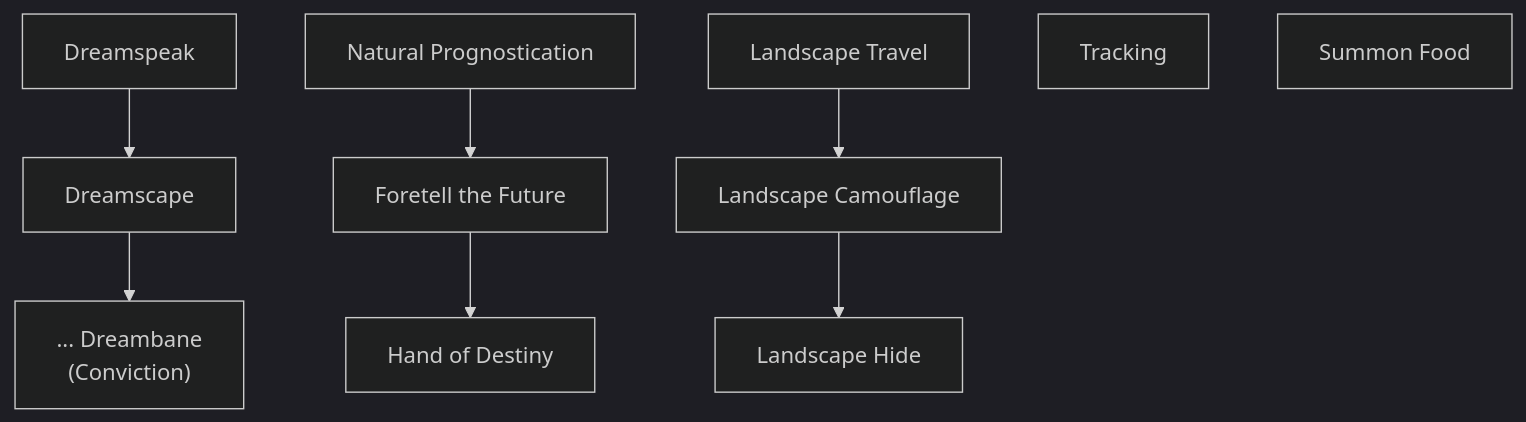
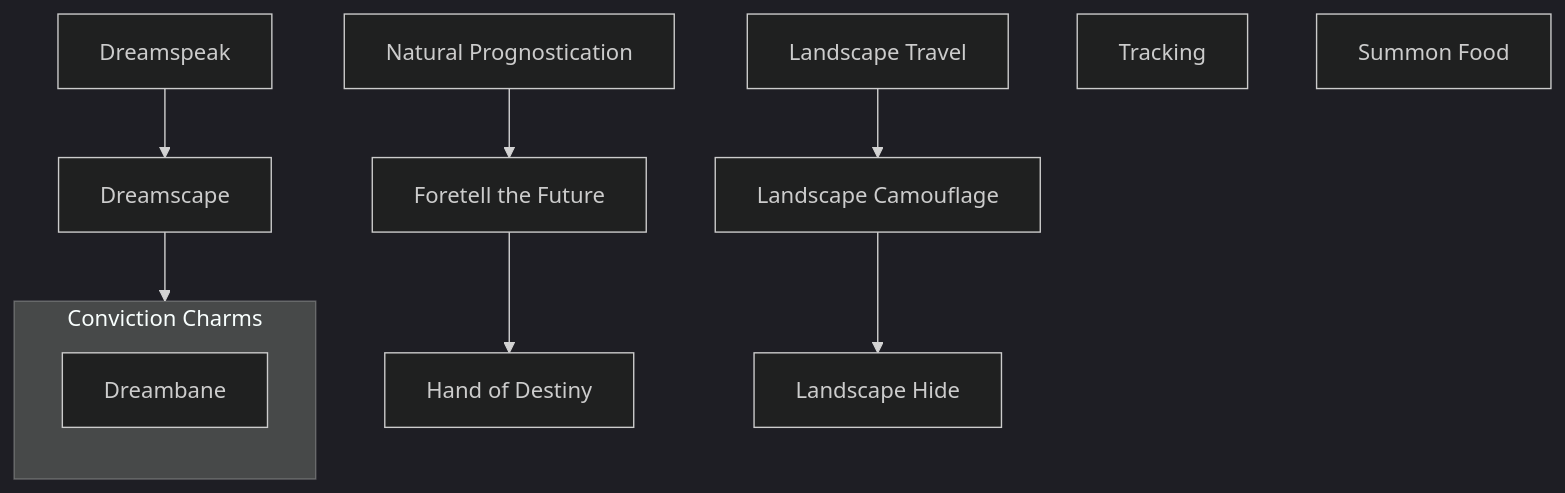
One commit to jrobichaud/exalted-charms-1e changed the diagram in docs/mermaid/spirits/compassion_2.mmd. Above: the diagram before and after it, drawn with Mermaid. The commit also changed 5 other files, not shown here.

```diff
--- a/docs/mermaid/spirits/compassion_2.mmd
+++ b/docs/mermaid/spirits/compassion_2.mmd
@@ -3,6 +3,11 @@
   theme: dark
 ---
 flowchart TD
+
+    subgraph conviction[Conviction Charms]
+        direction TB
+        dreambane["Dreambane"]
+    end
 
     dreamspeak[Dreamspeak]
     click dreamspeak callback "
@@ -232,4 +237,4 @@
         food is some of the finest nourishment ever tasted.
         "
 
-    dreamscape --> dreambane["... Dreambane<br>(Conviction)"]
+    dreamscape --> dreambane
```
